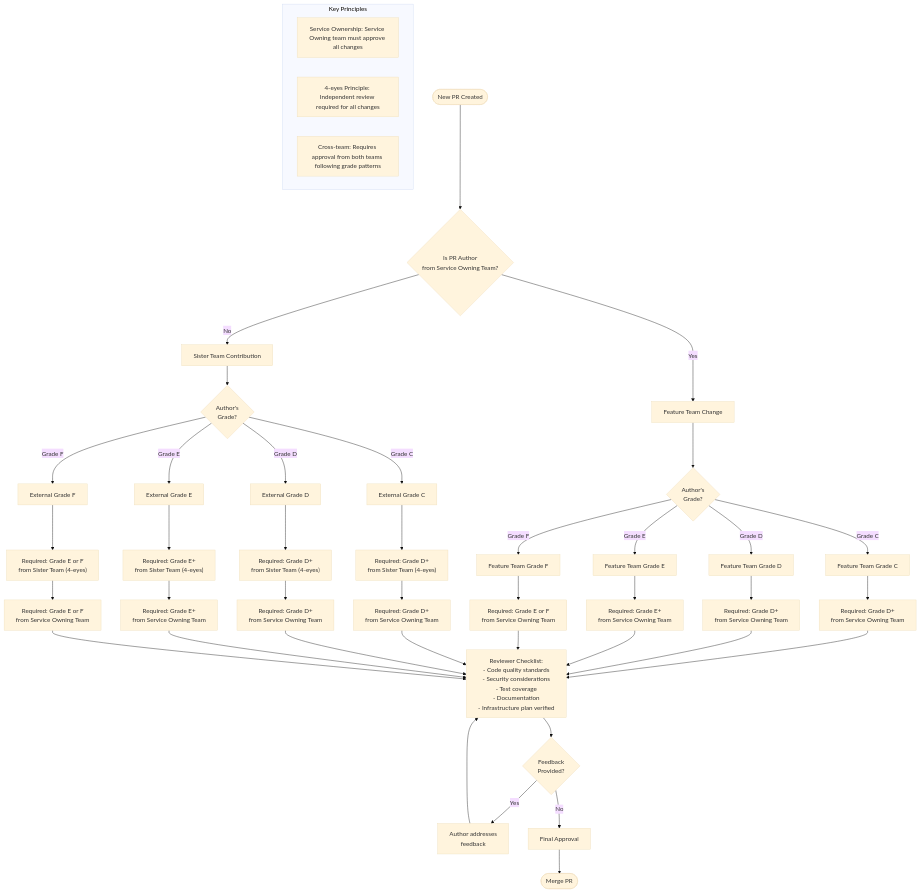
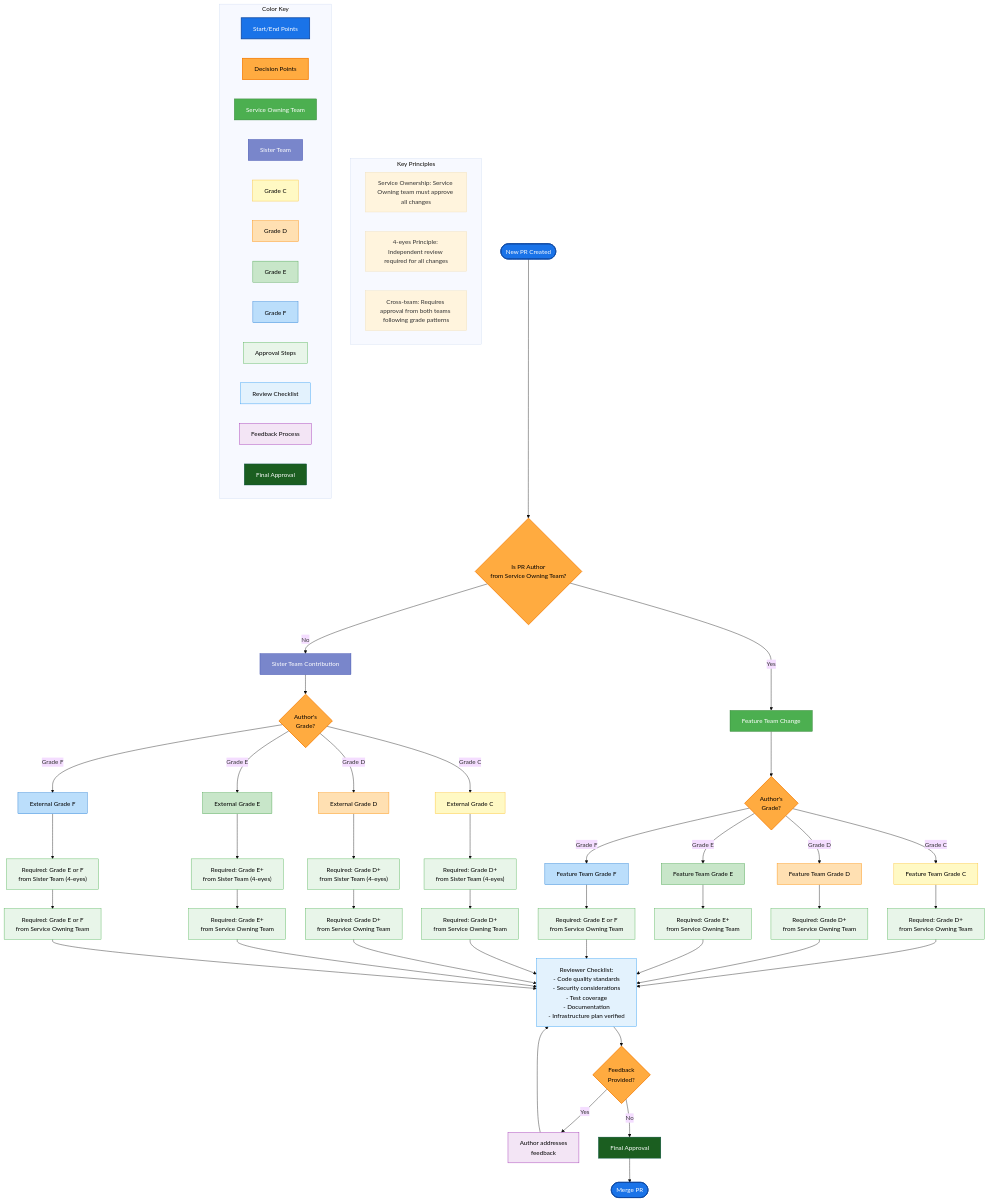
Before and after one commit to deploymenttheory/macos-autopkg-factory: the diagram in docs/pr-design.mermaid, drawn with Mermaid (base theme).

```diff
--- a/docs/pr-design.mermaid
+++ b/docs/pr-design.mermaid
@@ -1,63 +1,133 @@
 flowchart TB
-    PR([New PR Created]) -->     OwnerCheck{Is PR Author\nfrom Service Owning Team?}
+    %% Main flow colors
+    classDef startEnd fill:#1a73e8,stroke:#0d47a1,color:white,stroke-width:2px
+    classDef question fill:#ffab40,stroke:#f57c00,color:black,stroke-width:2px
+    classDef process fill:#f5f5f5,stroke:#9e9e9e,color:black
+    
+    %% Team colors
+    classDef serviceOwning fill:#4caf50,stroke:#2e7d32,color:white
+    classDef sisterTeam fill:#7986cb,stroke:#3949ab,color:white
+    
+    %% Grade colors
+    classDef gradeC fill:#fff9c4,stroke:#fbc02d,color:black
+    classDef gradeD fill:#ffe0b2,stroke:#fb8c00,color:black
+    classDef gradeE fill:#c8e6c9,stroke:#43a047,color:black
+    classDef gradeF fill:#bbdefb,stroke:#1976d2,color:black
+    
+    %% Approval colors
+    classDef approval fill:#e8f5e9,stroke:#4caf50,color:black
+    classDef reviewChecklist fill:#e3f2fd,stroke:#2196f3,color:black
+    classDef feedback fill:#f3e5f5,stroke:#9c27b0,color:black
+    classDef finalApproval fill:#1b5e20,stroke:#004d40,color:white
+    
+    PR([New PR Created]) --> OwnerCheck{Is PR Author\nfrom Service Owning Team?}
     
     OwnerCheck -->|Yes| InternalPath["Feature Team Change"]
     OwnerCheck -->|No| ExternalPath["Sister Team Contribution"]
     
     InternalPath --> InternalGradeCheck{Author's\nGrade?}
     ExternalPath --> ExternalGradeCheck{Author's\nGrade?}
     
-    %% Internal team approval path
+    %% Feature team approval path
     InternalGradeCheck -->|Grade C| IC["Feature Team Grade C"]
     InternalGradeCheck -->|Grade D| ID["Feature Team Grade D"]
     InternalGradeCheck -->|Grade E| IE["Feature Team Grade E"]
     InternalGradeCheck -->|Grade F| IF["Feature Team Grade F"]
     
     IC --> ICApproval["Required: Grade D+\nfrom Service Owning Team"]
     ID --> IDApproval["Required: Grade D+\nfrom Service Owning Team"]
     IE --> IEApproval["Required: Grade E+\nfrom Service Owning Team"]
     IF --> IFApproval["Required: Grade E or F\nfrom Service Owning Team"]
     
     %% Sister team approval path
     ExternalGradeCheck -->|Grade C| EC["External Grade C"]
     ExternalGradeCheck -->|Grade D| ED["External Grade D"]
     ExternalGradeCheck -->|Grade E| EE["External Grade E"]
     ExternalGradeCheck -->|Grade F| EF["External Grade F"]
     
     %% Sister team internal 4-eyes check
     EC --> ECApproval["Required: Grade D+\nfrom Sister Team (4-eyes)"]
     ED --> EDApproval["Required: Grade D+\nfrom Sister Team (4-eyes)"]
     EE --> EEApproval["Required: Grade E+\nfrom Sister Team (4-eyes)"]
     EF --> EFApproval["Required: Grade E or F\nfrom Sister Team (4-eyes)"]
     
-    %% Owning team approval (same grade pattern)
+    %% Service owning team approval (same grade pattern)
     ECApproval --> OCApproval["Required: Grade D+\nfrom Service Owning Team"]
     EDApproval --> ODApproval["Required: Grade D+\nfrom Service Owning Team"]
     EEApproval --> OEApproval["Required: Grade E+\nfrom Service Owning Team"]
     EFApproval --> OFApproval["Required: Grade E or F\nfrom Service Owning Team"]
     
     %% Connect all approval paths to review checklist
     ICApproval --> ReviewChecklist
     IDApproval --> ReviewChecklist
     IEApproval --> ReviewChecklist
     IFApproval --> ReviewChecklist
     
     OCApproval --> ReviewChecklist
     ODApproval --> ReviewChecklist
     OEApproval --> ReviewChecklist
     OFApproval --> ReviewChecklist
     
     ReviewChecklist["Reviewer Checklist:\n- Code quality standards\n- Security considerations\n- Test coverage\n- Documentation\n- Infrastructure plan verified"] --> FeedbackLoop{Feedback\nProvided?}
     
     FeedbackLoop -->|Yes| AddressFeedback["Author addresses\nfeedback"]
     FeedbackLoop -->|No| FinalApproval["Final Approval"]
     
     AddressFeedback --> ReviewChecklist
     
     FinalApproval --> MergePR([Merge PR])
     
     subgraph "Key Principles"
         p1["Service Ownership: Service Owning team must approve all changes"]
         p2["4-eyes Principle: Independent review required for all changes"]
         p3["Cross-team: Requires approval from both teams following grade patterns"]
     end
+    
+    subgraph "Color Key"
+        k1["Start/End Points"]
+        k2["Decision Points"]
+        k3["Service Owning Team"]
+        k4["Sister Team"]
+        k5["Grade C"]
+        k6["Grade D"]
+        k7["Grade E"]
+        k8["Grade F"]
+        k9["Approval Steps"]
+        k10["Review Checklist"]
+        k11["Feedback Process"]
+        k12["Final Approval"]
+    end
+    
+    %% Apply classes to color key
+    class k1 startEnd
+    class k2 question
+    class k3 serviceOwning
+    class k4 sisterTeam
+    class k5 gradeC
+    class k6 gradeD
+    class k7 gradeE
+    class k8 gradeF
+    class k9 approval
+    class k10 reviewChecklist
+    class k11 feedback
+    class k12 finalApproval
+    
+    %% Apply classes
+    class PR,MergePR startEnd
+    class OwnerCheck,InternalGradeCheck,ExternalGradeCheck,FeedbackLoop question
+    class InternalPath,IC,ID,IE,IF serviceOwning
+    class ExternalPath,EC,ED,EE,EF sisterTeam
+    
+    %% Grade-specific node colors
+    class IC,EC gradeC
+    class ID,ED gradeD
+    class IE,EE gradeE
+    class IF,EF gradeF
+    
+    %% Process node colors
+    class ECApproval,EDApproval,EEApproval,EFApproval approval
+    class ICApproval,IDApproval,IEApproval,IFApproval approval
+    class OCApproval,ODApproval,OEApproval,OFApproval approval
+    class ReviewChecklist reviewChecklist
+    class AddressFeedback feedback
+    class FinalApproval finalApproval
```
